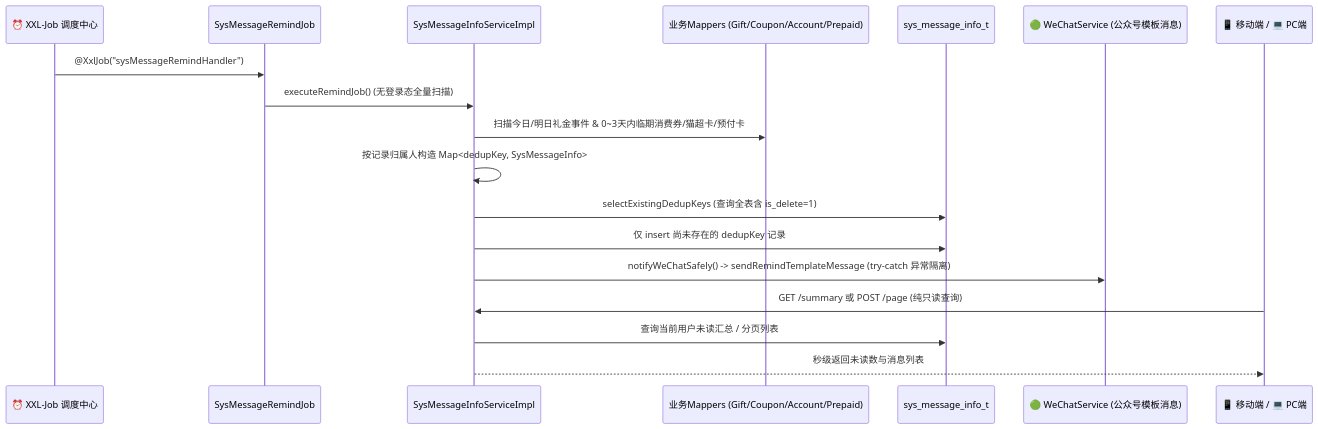
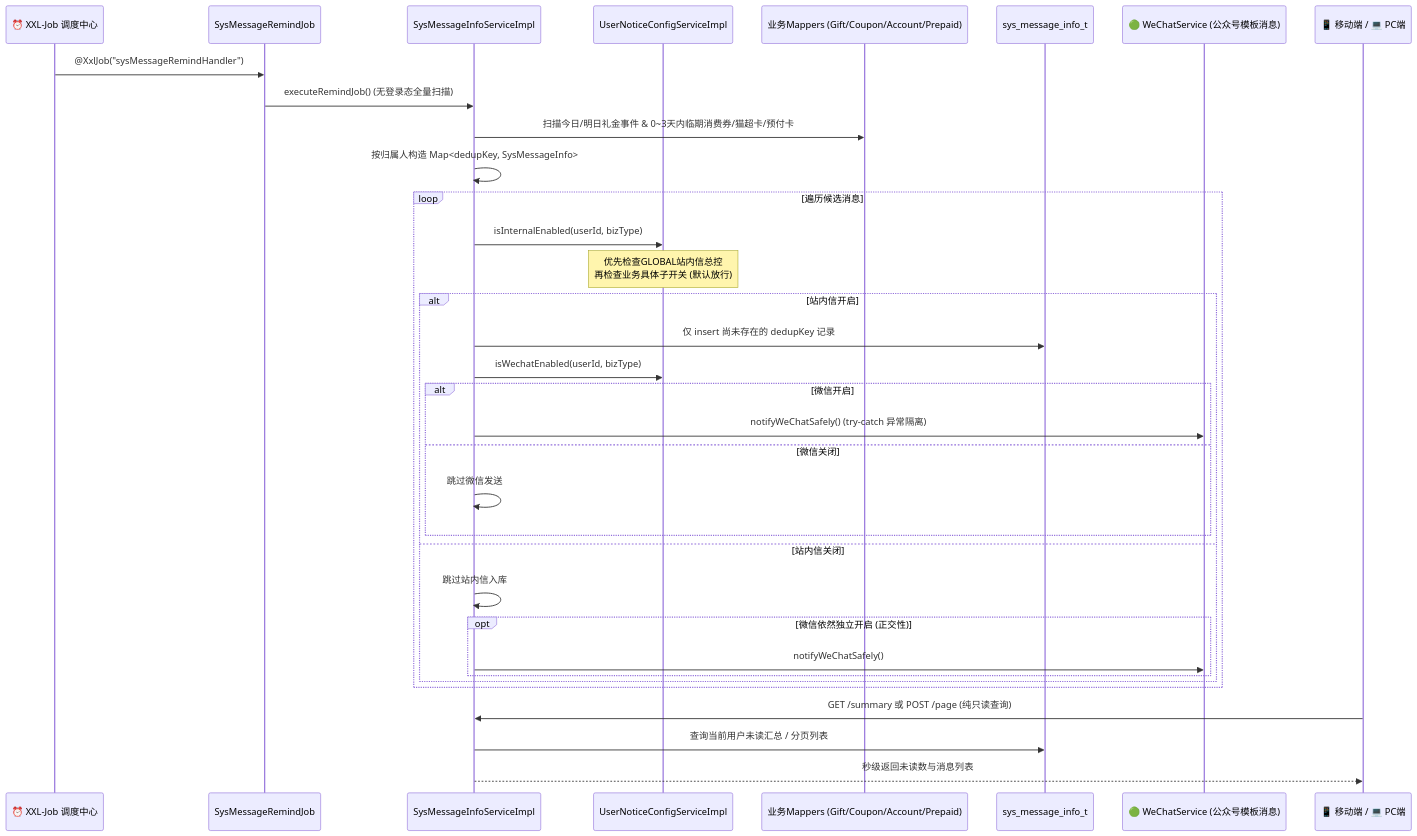
One commit to AlexhahahaDrag/my_alex_brain changed the diagram in 02-Features/09-Message-消息与到期提醒中心/TechSpec-系统消息与多业务幂等巡检架构.md. Above: the diagram before and after it, drawn with Mermaid. The commit also changed other lines of this file and 2 other files, not shown here.

````diff
--- a/02-Features/09-Message-消息与到期提醒中心/TechSpec-系统消息与多业务幂等巡检架构.md
+++ b/02-Features/09-Message-消息与到期提醒中心/TechSpec-系统消息与多业务幂等巡检架构.md
@@ -22,21 +25,37 @@
 ```mermaid
 sequenceDiagram
     participant XXL as ⏰ XXL-Job 调度中心
     participant Job as SysMessageRemindJob
     participant Svc as SysMessageInfoServiceImpl
+    participant Config as UserNoticeConfigServiceImpl
     participant Sources as 业务Mappers (Gift/Coupon/Account/Prepaid)
     participant MsgDB as sys_message_info_t
     participant WeChat as 🟢 WeChatService (公众号模板消息)
     participant Client as 📱 移动端 / 💻 PC端
 
     XXL->>Job: @XxlJob("sysMessageRemindHandler")
     Job->>Svc: executeRemindJob() (无登录态全量扫描)
     Svc->>Sources: 扫描今日/明日礼金事件 & 0~3天内临期消费券/猫超卡/预付卡
-    Svc->>Svc: 按记录归属人构造 Map<dedupKey, SysMessageInfo>
-    Svc->>MsgDB: selectExistingDedupKeys (查询全表含 is_delete=1)
-    Svc->>MsgDB: 仅 insert 尚未存在的 dedupKey 记录
-    Svc->>WeChat: notifyWeChatSafely() -> sendRemindTemplateMessage (try-catch 异常隔离)
+    Svc->>Svc: 按归属人构造 Map<dedupKey, SysMessageInfo>
+    loop 遍历候选消息
+        Svc->>Config: isInternalEnabled(userId, bizType)
+        Note over Config: 优先检查GLOBAL站内信总控<br/>再检查业务具体子开关 (默认放行)
+        alt 站内信开启
+            Svc->>MsgDB: 仅 insert 尚未存在的 dedupKey 记录
+            Svc->>Config: isWechatEnabled(userId, bizType)
+            alt 微信开启
+                Svc->>WeChat: notifyWeChatSafely() (try-catch 异常隔离)
+            else 微信关闭
+                Svc->>Svc: 跳过微信发送
+            end
+        else 站内信关闭
+            Svc->>Svc: 跳过站内信入库
+            opt 微信依然独立开启 (正交性)
+                Svc->>WeChat: notifyWeChatSafely()
+            end
+        end
+    end
     Client->>Svc: GET /summary 或 POST /page (纯只读查询)
     Svc->>MsgDB: 查询当前用户未读汇总 / 分页列表
     Svc-->>Client: 秒级返回未读数与消息列表
 ```
````
